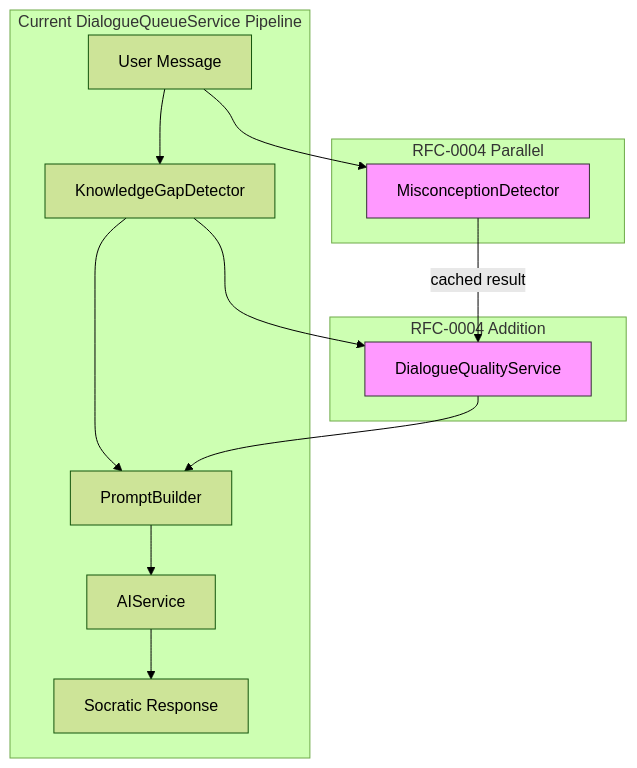
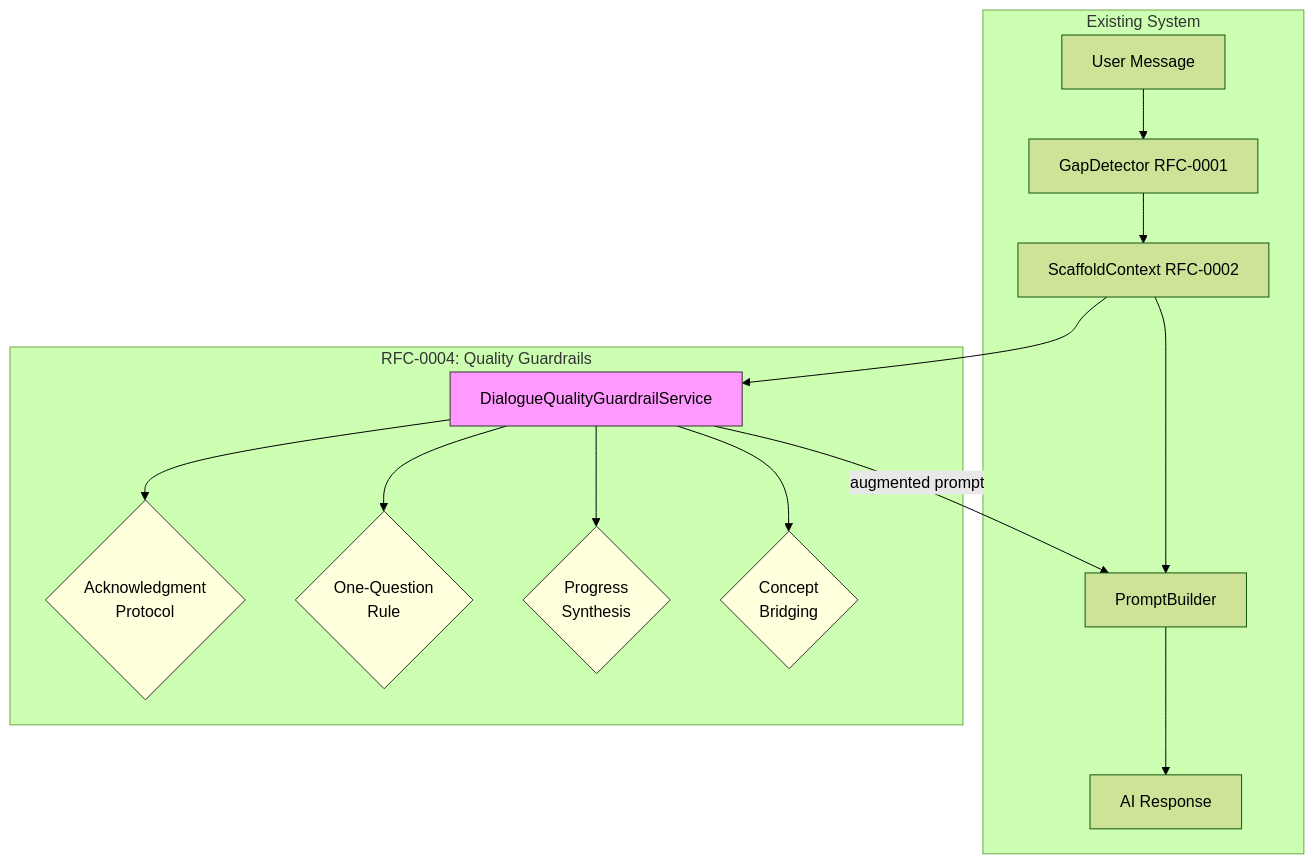
One commit to shettydev/mukti changed the first of 5 diagrams in docs/rfcs/active/rfc-0004-socratic-dialogue-quality-guardrails/index.md. Above: the diagram before and after it, drawn with Mermaid (forest theme). The commit also changed other lines of this file and 1 other file, not shown here.

First line of the commit message:
docs(rfc): Refine dialogue quality guardrails RFC

````diff
--- a/docs/rfcs/active/rfc-0004-socratic-dialogue-quality-guardrails/index.md
+++ b/docs/rfcs/active/rfc-0004-socratic-dialogue-quality-guardrails/index.md
@@ -85,22 +101,26 @@
 ```mermaid
 graph TB
-    subgraph "Current DialogueQueueService Pipeline"
-        A[User Message] --> B[KnowledgeGapDetector]
-        B --> C[PromptBuilder]
-        C --> D[AIService]
-        D --> E[Socratic Response]
+    subgraph "Existing System"
+        A[User Message] --> B[GapDetector RFC-0001]
+        B --> C[ScaffoldContext RFC-0002]
+        C --> D[PromptBuilder]
+        D --> E[AI Response]
     end
 
-    subgraph "RFC-0004 Addition"
-        B --> F[DialogueQualityService]
-        F --> C
+    subgraph "RFC-0004: Quality Guardrails"
+        F[DialogueQualityGuardrailService]
+        F --> G{Acknowledgment<br/>Protocol}
+        F --> H{One-Question<br/>Rule}
+        F --> I{Progress<br/>Synthesis}
+        F --> J{Concept<br/>Bridging}
     end
 
-    subgraph "RFC-0004 Parallel"
-        A --> G[MisconceptionDetector]
-        G -->|cached result| F
-    end
+    C --> F
+    F -->|augmented prompt| D
 
     style F fill:#f9f,stroke:#333
-    style G fill:#f9f,stroke:#333
+    style G fill:#ffd,stroke:#333
+    style H fill:#ffd,stroke:#333
+    style I fill:#ffd,stroke:#333
+    style J fill:#ffd,stroke:#333
 ```
````
